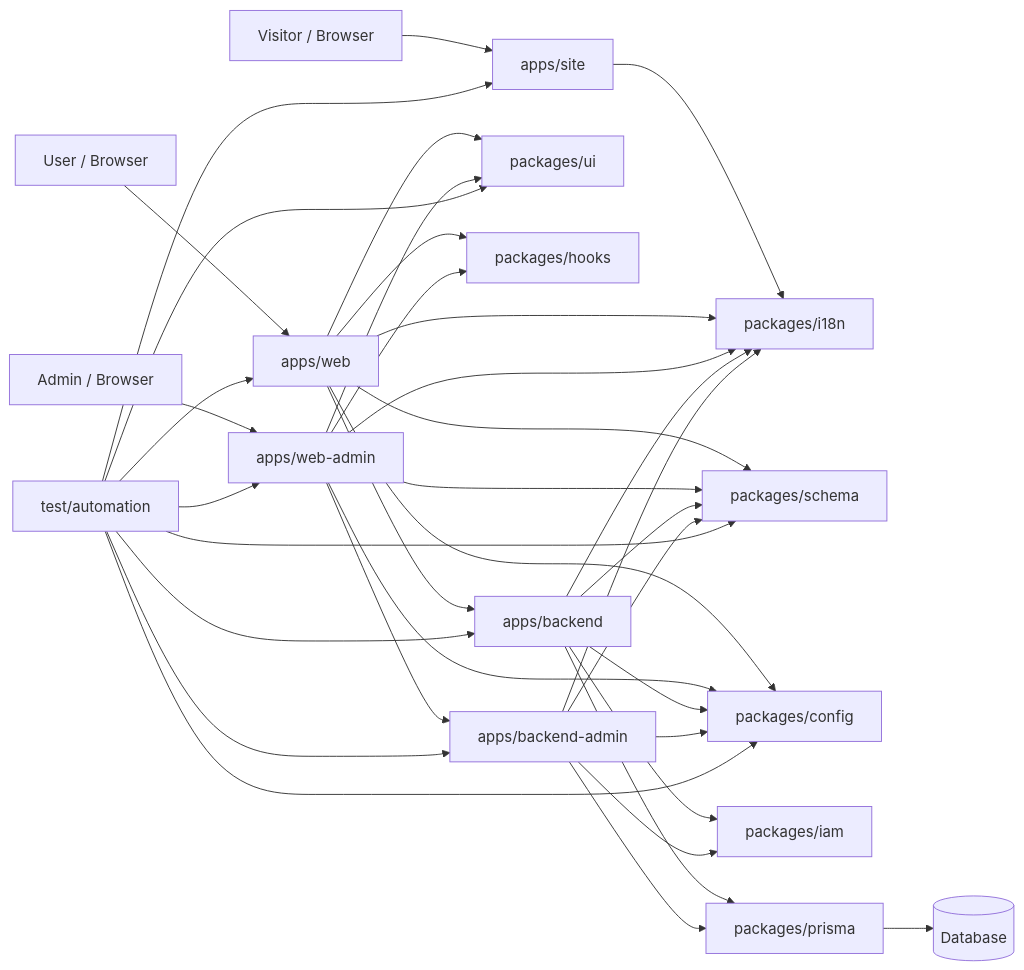
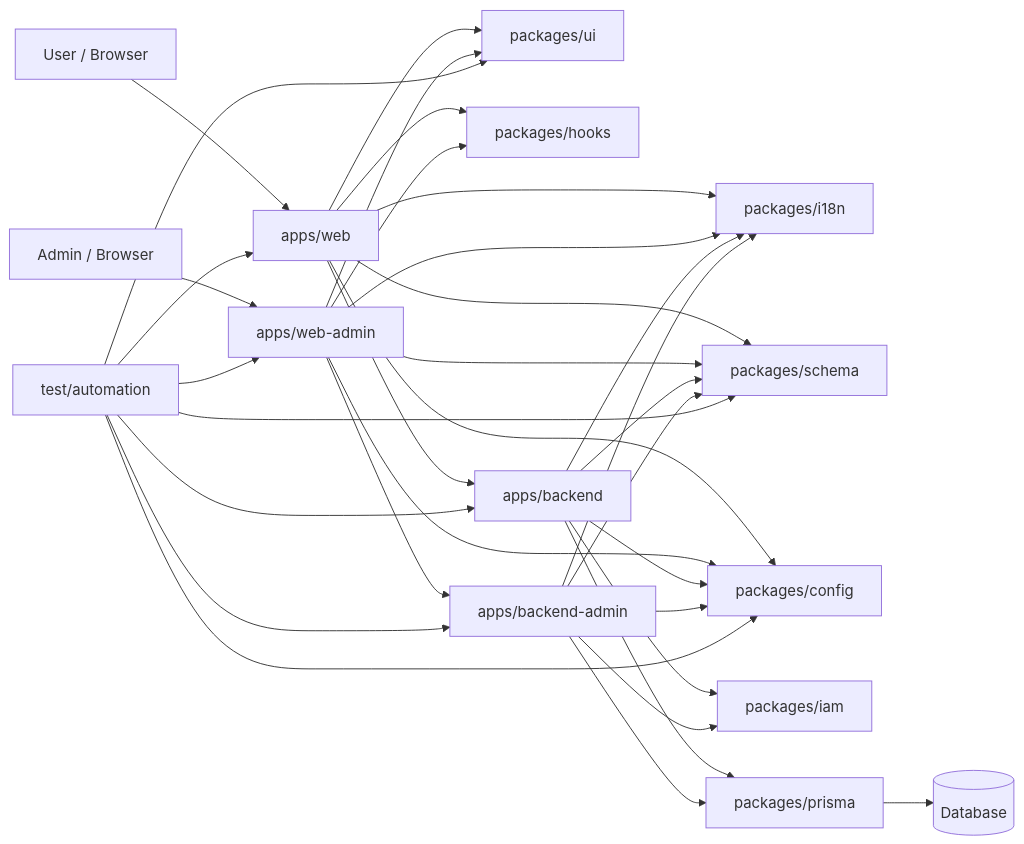
Before and after one commit to tetap/tetap-agent-template: the diagram in README.md, drawn with Mermaid. The commit also changed other lines of this file and 49 other files, not shown here.

````diff
--- a/README.md
+++ b/README.md
@@ -86,38 +85,35 @@
 ```mermaid
 flowchart LR
   User[User / Browser] --> Web[apps/web]
-  Visitor[Visitor / Browser] --> Site[apps/site]
   AdminUser[Admin / Browser] --> WebAdmin[apps/web-admin]
-  Site --> I18n[packages/i18n]
   Web --> UI[packages/ui]
   Web --> Hooks[packages/hooks]
   Web --> I18n[packages/i18n]
   Web --> Schema[packages/schema]
   Web --> Config[packages/config]
   Web --> Backend[apps/backend]
   WebAdmin --> UI
   WebAdmin --> Hooks
   WebAdmin --> I18n
   WebAdmin --> Schema
   WebAdmin --> Config
   WebAdmin --> BackendAdmin[apps/backend-admin]
   Backend --> IAM[packages/iam]
   BackendAdmin --> IAM
   Backend --> Config
   Backend --> I18n
   Backend --> Schema
   Backend --> Prisma[packages/prisma]
   BackendAdmin --> Config
   BackendAdmin --> I18n
   BackendAdmin --> Schema
   BackendAdmin --> Prisma
   Prisma --> DB[(Database)]
   Tests[test/automation] --> Web
-  Tests --> Site
   Tests --> WebAdmin
   Tests --> Backend
   Tests --> BackendAdmin
   Tests --> Config
   Tests --> Schema
   Tests --> UI
 ```
````
